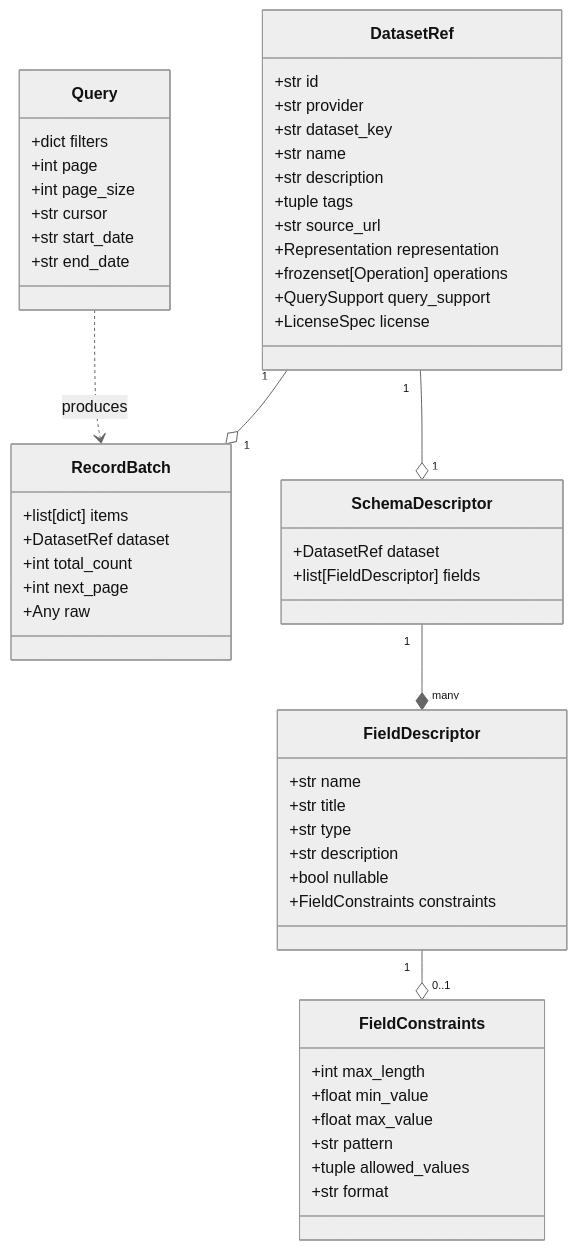
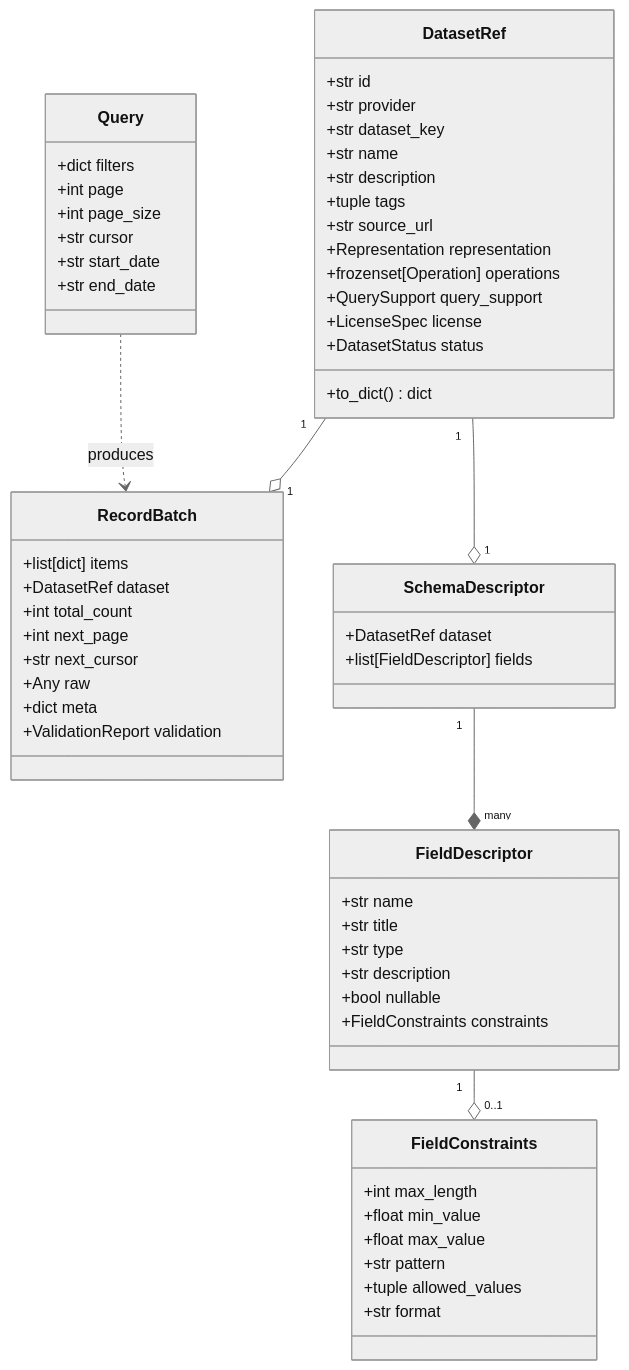
One commit to kpubdata-lab/kpubdata changed the first of 3 diagrams in CANONICAL_MODEL.md. Above: the diagram before and after it, drawn with Mermaid (neutral theme). The commit also changed other lines of this file and 5 other files, not shown here.

First line of the commit message:
docs: align SDK architecture and compatibility guidance with version 0.9 (#856)

````diff
--- a/CANONICAL_MODEL.md
+++ b/CANONICAL_MODEL.md
@@ -19,57 +19,62 @@
 ```mermaid
 classDiagram
     class DatasetRef {
         +str id
         +str provider
         +str dataset_key
         +str name
         +str description
         +tuple tags
         +str source_url
         +Representation representation
         +frozenset[Operation] operations
         +QuerySupport query_support
         +LicenseSpec license
+        +DatasetStatus status
+        +to_dict() dict
     }
     class Query {
         +dict filters
         +int page
         +int page_size
         +str cursor
         +str start_date
         +str end_date
     }
     class RecordBatch {
         +list[dict] items
         +DatasetRef dataset
         +int total_count
         +int next_page
+        +str next_cursor
         +Any raw
+        +dict meta
+        +ValidationReport validation
     }
     class SchemaDescriptor {
         +DatasetRef dataset
         +list[FieldDescriptor] fields
     }
     class FieldDescriptor {
         +str name
         +str title
         +str type
         +str description
         +bool nullable
         +FieldConstraints constraints
     }
     class FieldConstraints {
         +int max_length
         +float min_value
         +float max_value
         +str pattern
         +tuple allowed_values
         +str format
     }
 
     DatasetRef "1" --o "1" RecordBatch
     DatasetRef "1" --o "1" SchemaDescriptor
     SchemaDescriptor "1" --* "many" FieldDescriptor
     FieldDescriptor "1" --o "0..1" FieldConstraints
     Query ..> RecordBatch : produces
 ```
````
